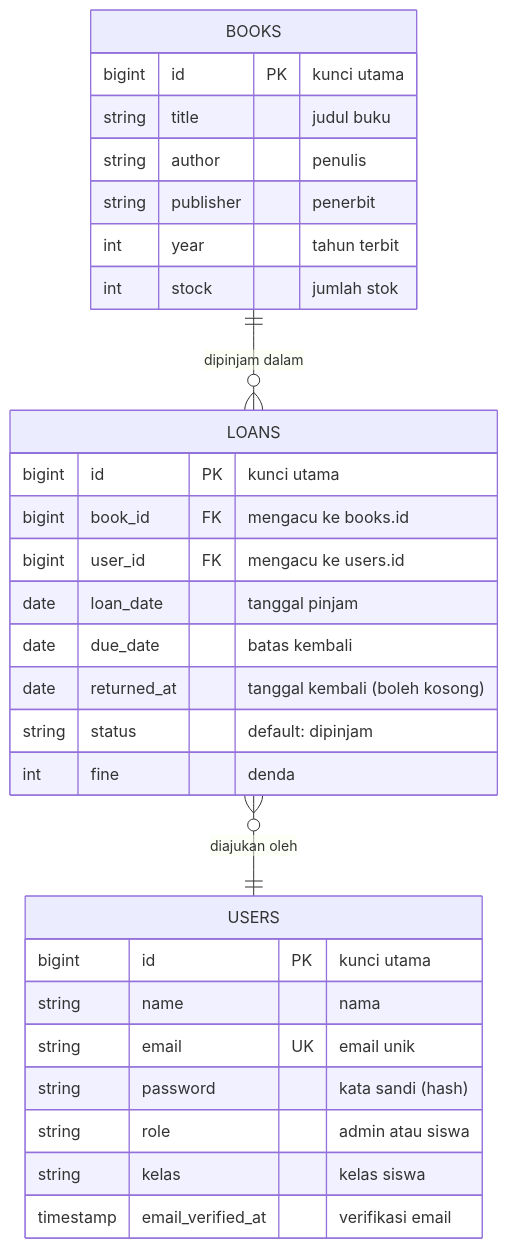
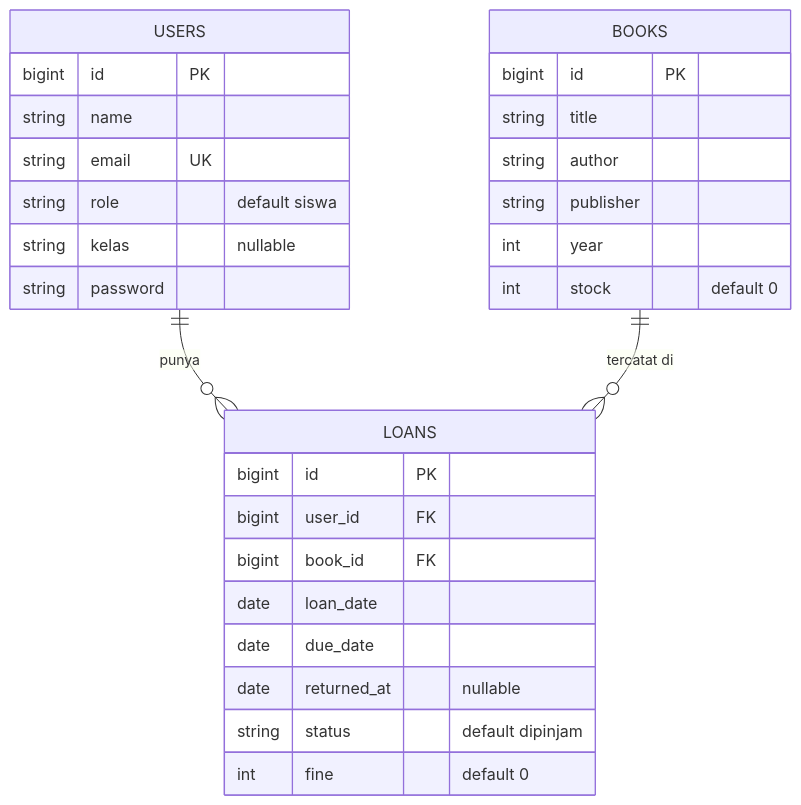
Before and after one commit to gesannn/UKK-2026-Andi-Alfatih-Ghaisan-Peminjaman-Buku: the diagram in README.md, drawn with Mermaid. The commit also changed other lines of this file, not shown here.

````diff
--- a/README.md
+++ b/README.md
@@ -43,35 +77,34 @@
 ```mermaid
 erDiagram
-  BOOKS ||--o{ LOANS : "dipinjam dalam"
-  LOANS }o--|| USERS : "diajukan oleh"
+  USERS ||--o{ LOANS : "punya"
+  BOOKS ||--o{ LOANS : "tercatat di"
+
+  USERS {
+    bigint id PK
+    string name
+    string email UK
+    string role "default siswa"
+    string kelas "nullable"
+    string password
+  }
 
   BOOKS {
-    bigint id PK "kunci utama"
-    string title "judul buku"
-    string author "penulis"
-    string publisher "penerbit"
-    int year "tahun terbit"
-    int stock "jumlah stok"
+    bigint id PK
+    string title
+    string author
+    string publisher
+    int year
+    int stock "default 0"
   }
 
   LOANS {
-    bigint id PK "kunci utama"
-    bigint book_id FK "mengacu ke books.id"
-    bigint user_id FK "mengacu ke users.id"
-    date loan_date "tanggal pinjam"
-    date due_date "batas kembali"
-    date returned_at "tanggal kembali (boleh kosong)"
-    string status "default: dipinjam"
-    int fine "denda"
-  }
-
-  USERS {
-    bigint id PK "kunci utama"
-    string name "nama"
-    string email UK "email unik"
-    string password "kata sandi (hash)"
-    string role "admin atau siswa"
-    string kelas "kelas siswa"
-    timestamp email_verified_at "verifikasi email"
+    bigint id PK
+    bigint user_id FK
+    bigint book_id FK
+    date loan_date
+    date due_date
+    date returned_at "nullable"
+    string status "default dipinjam"
+    int fine "default 0"
   }
 ```
````
